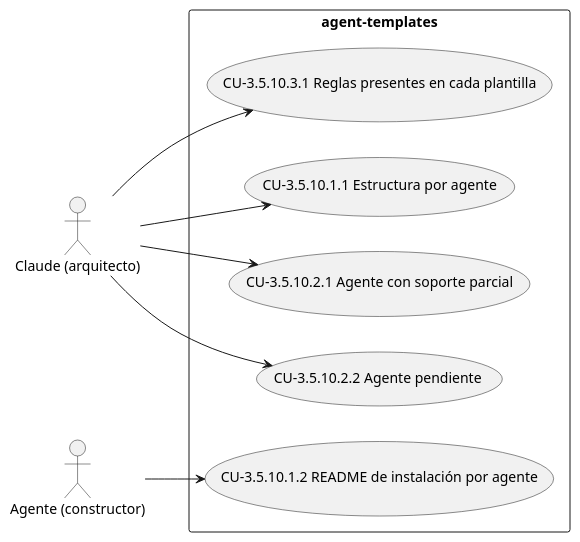
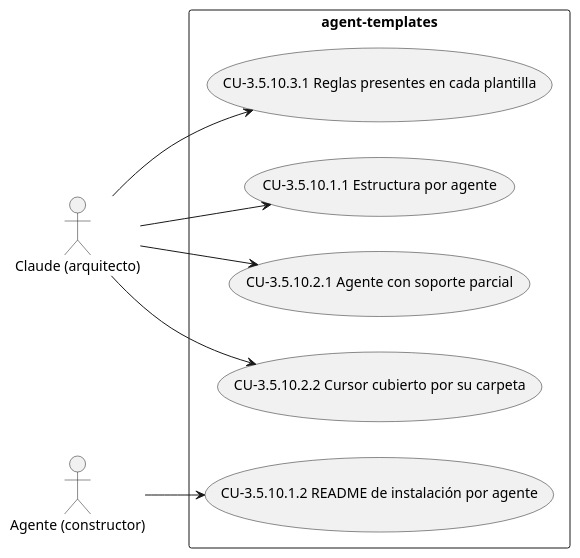
One commit to Lautaro-Montecchiani/sdd-global-config changed the tenth of 11 diagrams in docs/srs.md. Above: the diagram before and after it, drawn with PlantUML. The commit also changed other lines of this file and 1 other file, not shown here.

````diff
--- a/docs/srs.md
+++ b/docs/srs.md
@@ -1172,19 +1261,19 @@
 ```plantuml
 @startuml
 left to right direction
 actor "Claude (arquitecto)" as A1
 actor "Agente (constructor)" as A2
 rectangle "agent-templates" {
   usecase "CU-3.5.10.1.1 Estructura por agente" as UC_3_5_10_1_1
   usecase "CU-3.5.10.1.2 README de instalación por agente" as UC_3_5_10_1_2
   usecase "CU-3.5.10.2.1 Agente con soporte parcial" as UC_3_5_10_2_1
-  usecase "CU-3.5.10.2.2 Agente pendiente" as UC_3_5_10_2_2
+  usecase "CU-3.5.10.2.2 Cursor cubierto por su carpeta" as UC_3_5_10_2_2
   usecase "CU-3.5.10.3.1 Reglas presentes en cada plantilla" as UC_3_5_10_3_1
 }
 A1 --> UC_3_5_10_1_1
 A2 --> UC_3_5_10_1_2
 A1 --> UC_3_5_10_2_1
 A1 --> UC_3_5_10_2_2
 A1 --> UC_3_5_10_3_1
 @enduml
 ```
````
